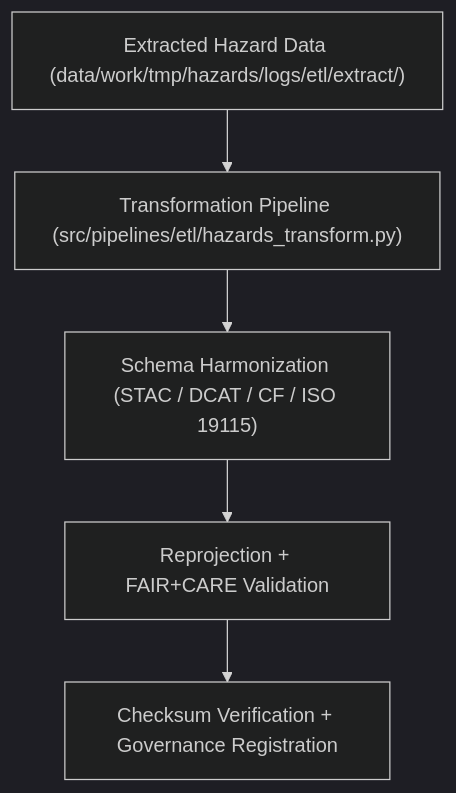
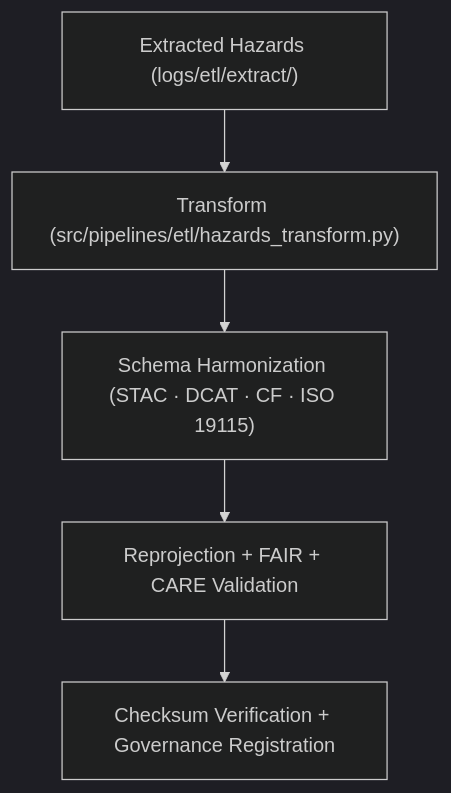
The diagram in data/work/tmp/hazards/logs/etl/transform/README.md (bartytime4life/Kansas-Frontier-Matrix), drawn with Mermaid (dark theme) before and after one commit. The commit also changed other lines of this file, not shown here.

````diff
--- a/data/work/tmp/hazards/logs/etl/transform/README.md
+++ b/data/work/tmp/hazards/logs/etl/transform/README.md
@@ -65,7 +66,7 @@
 ```mermaid
 flowchart TD
-    A["Extracted Hazard Data (data/work/tmp/hazards/logs/etl/extract/)"] --> B["Transformation Pipeline (src/pipelines/etl/hazards_transform.py)"]
-    B --> C["Schema Harmonization (STAC / DCAT / CF / ISO 19115)"]
-    C --> D["Reprojection + FAIR+CARE Validation"]
+    A["Extracted Hazards (logs/etl/extract/)"] --> B["Transform (src/pipelines/etl/hazards_transform.py)"]
+    B --> C["Schema Harmonization (STAC · DCAT · CF · ISO 19115)"]
+    C --> D["Reprojection + FAIR + CARE Validation"]
     D --> E["Checksum Verification + Governance Registration"]
 ```
````
